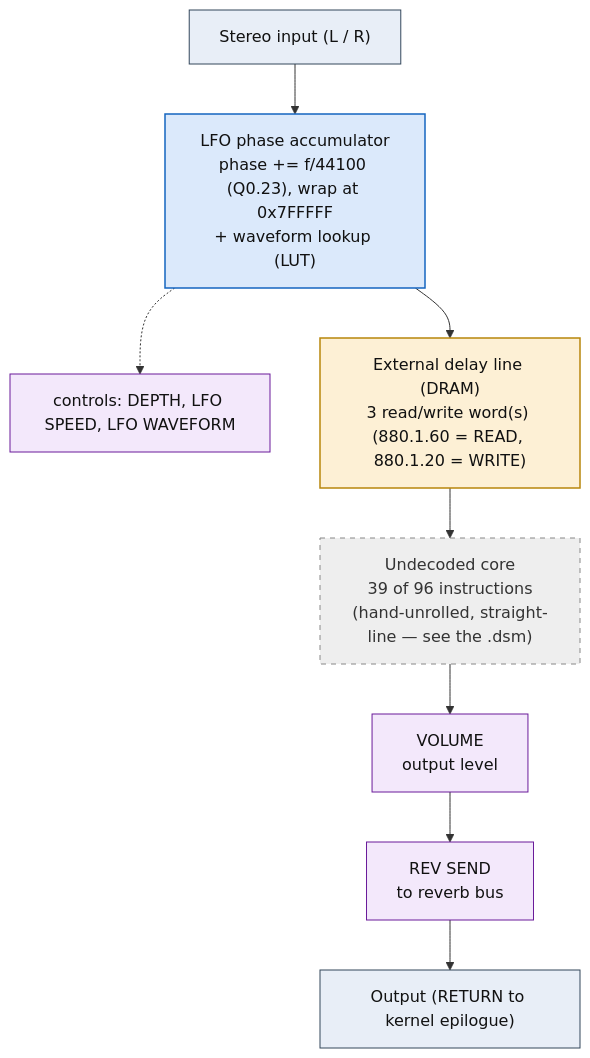
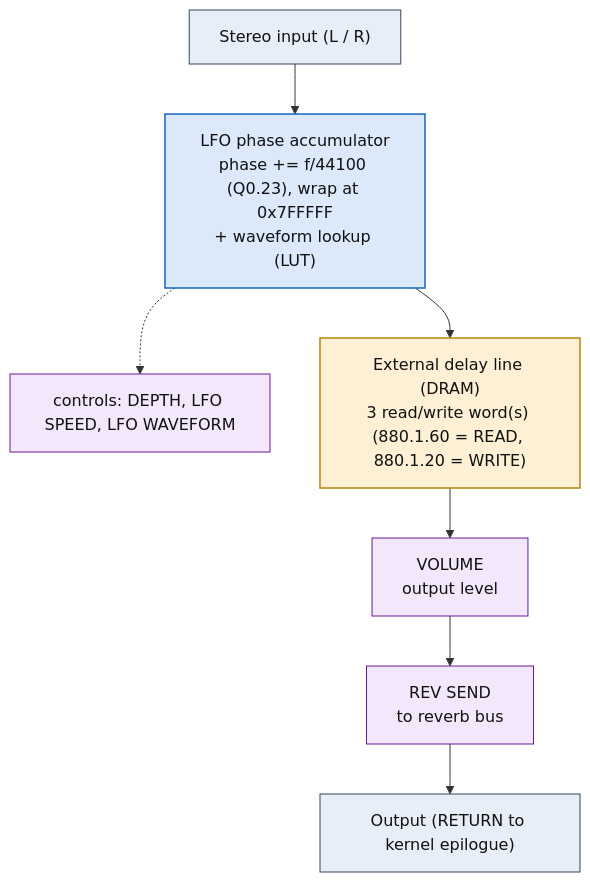
One commit to ArqueologiaDigital/kn5000-roms-disasm changed the diagram in dsp/flowcharts/prog06_ensemble.md. Above: the diagram before and after it, drawn with Mermaid. The commit also changed other lines of this file and 39 other files, not shown here.

First line of the commit message:
dsp: annotate all flowcharts with the classic effect topology each shape matches

````diff
--- a/dsp/flowcharts/prog06_ensemble.md
+++ b/dsp/flowcharts/prog06_ensemble.md
@@ -12,30 +12,27 @@
 ```mermaid
 flowchart TD
     N0["Stereo input (L / R)"]
     N1["LFO phase accumulator<br/>phase += f/44100 (Q0.23), wrap at 0x7FFFFF<br/>+ waveform lookup (LUT)"]
     N0 --> N1
     N2["controls: DEPTH, LFO SPEED, LFO WAVEFORM"]
     N1 -.-> N2
     N3["External delay line (DRAM)<br/>3 read/write word(s) (880.1.60 = READ, 880.1.20 = WRITE)"]
     N1 --> N3
-    N4["Undecoded core<br/>39 of 96 instructions<br/>(hand-unrolled, straight-line &mdash; see the .dsm)"]
+    N4["VOLUME<br/>output level"]
     N3 --> N4
-    N5["VOLUME<br/>output level"]
+    N5["REV SEND<br/>to reverb bus"]
     N4 --> N5
-    N6["REV SEND<br/>to reverb bus"]
+    N6["Output (RETURN to kernel epilogue)"]
     N5 --> N6
-    N7["Output (RETURN to kernel epilogue)"]
-    N6 --> N7
 
     classDef io fill:#e8eef7,stroke:#33475b,stroke-width:1px,color:#111;
     classDef proven fill:#d7f0d7,stroke:#2e7d32,stroke-width:2px,color:#111;
     classDef measured fill:#dbe9fb,stroke:#1565c0,stroke-width:1.5px,color:#111;
     classDef inferred fill:#fdf0d5,stroke:#b8860b,stroke-width:1.5px,color:#111;
     classDef open fill:#eeeeee,stroke:#888,stroke-width:1px,color:#333,stroke-dasharray:5 5;
     classDef ctrl fill:#f3e8fb,stroke:#6a1b9a,stroke-width:1px,color:#111;
-    class N0,N7 io;
+    class N0,N6 io;
     class N1 measured;
-    class N2,N5,N6 ctrl;
+    class N2,N4,N5 ctrl;
     class N3 inferred;
-    class N4 open;
 ```
````
